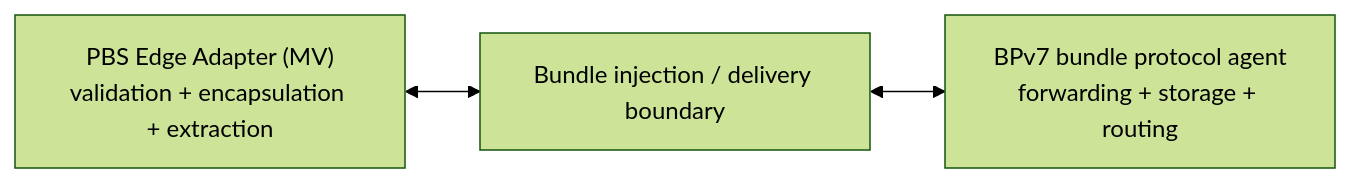
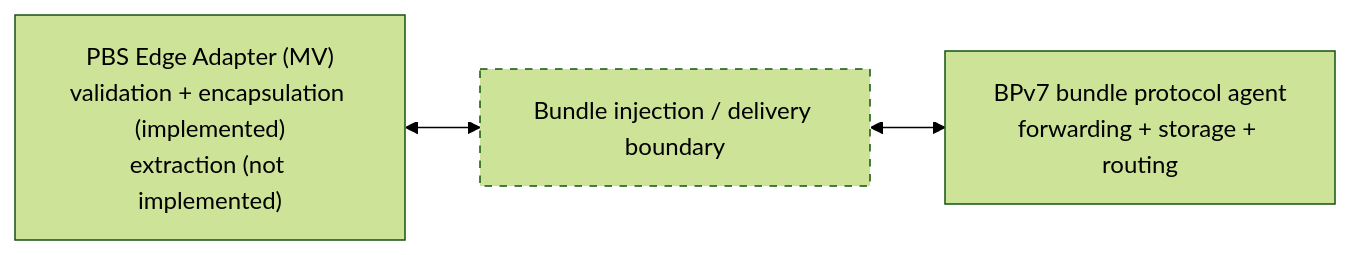
One commit to Pale-Blue-Systems/PBS-EDGE-ADAPTER-MV changed the sixth of 6 diagrams in DOCS/PBS-EDGE-ARCHITECTURE.md. Above: the diagram before and after it, drawn with Mermaid (forest theme). The commit also changed other lines of this file and 7 other files, not shown here.

````diff
--- a/DOCS/PBS-EDGE-ARCHITECTURE.md
+++ b/DOCS/PBS-EDGE-ARCHITECTURE.md
@@ -171,8 +171,11 @@
 ```mermaid
 flowchart LR
-  A["PBS Edge Adapter (MV)<br/>validation + encapsulation + extraction"]
+  A["PBS Edge Adapter (MV)<br/>validation + encapsulation (implemented)<br/>extraction (not implemented)"]
   I["Bundle injection / delivery boundary"]
   B["BPv7 bundle protocol agent<br/>forwarding + storage + routing"]
 
   A <--> I <--> B
+
+  classDef planned stroke-dasharray: 5 5
+  class I planned
 ```
````
